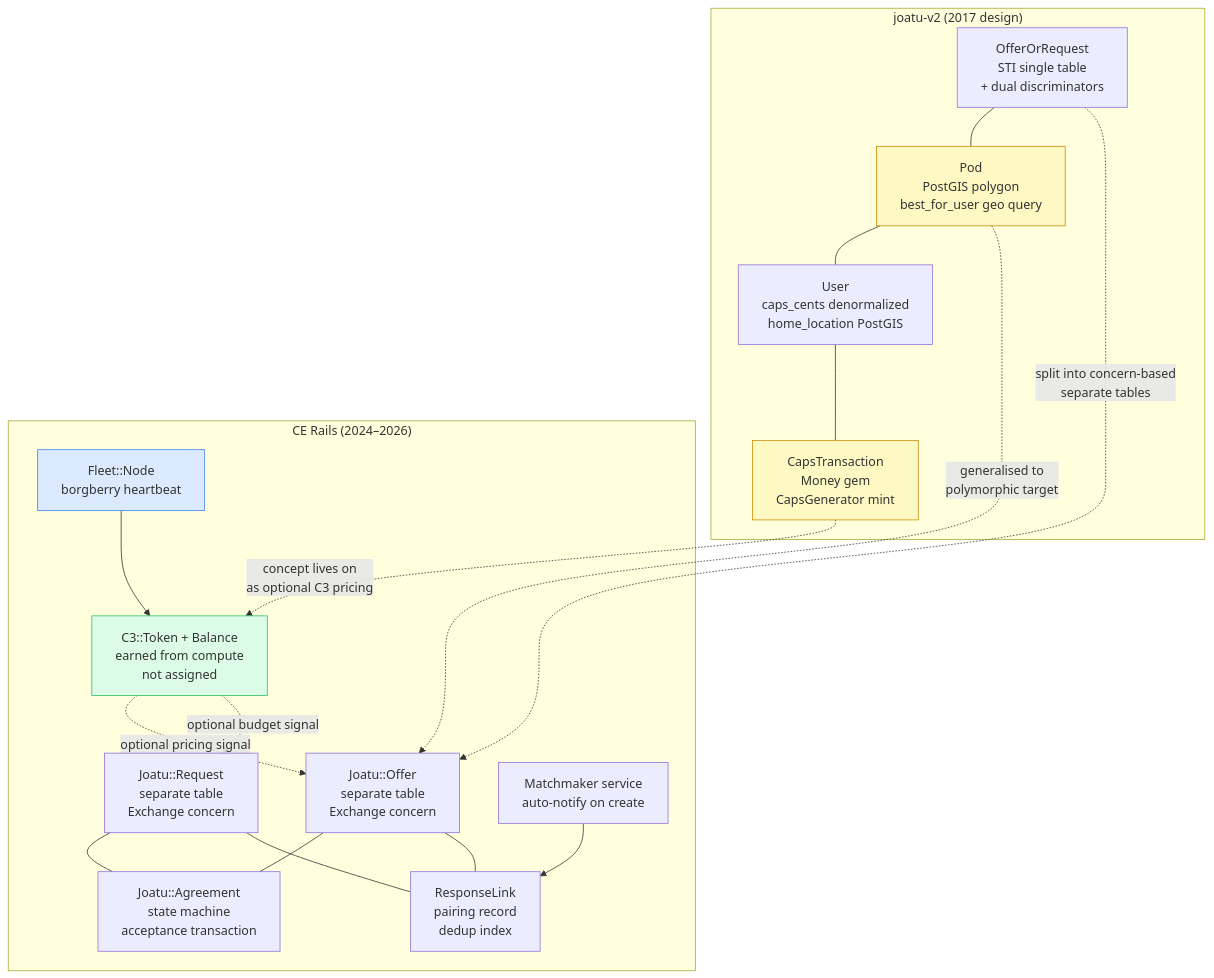
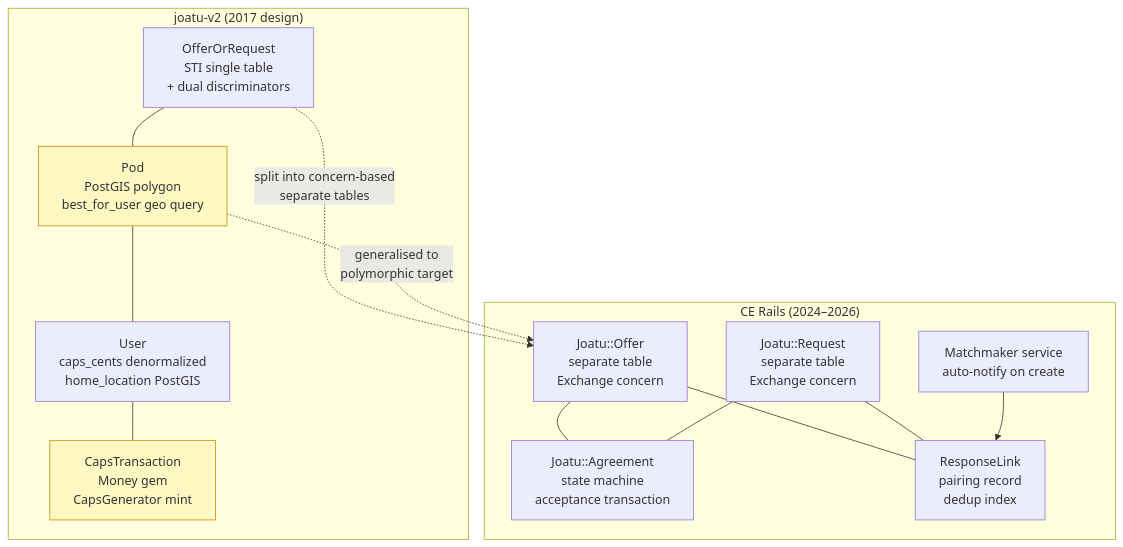
The sixth of 6 diagrams in docs/joatu-v2-vs-ce-comparison.md (better-together-org/community-engine-rails), drawn with Mermaid before and after one commit. The commit also changed other lines of this file and 63 other files, not shown here.

````diff
--- a/docs/joatu-v2-vs-ce-comparison.md
+++ b/docs/joatu-v2-vs-ce-comparison.md
@@ -322,40 +282,32 @@
 ```mermaid
 graph TD
     subgraph "joatu-v2 (2017 design)"
         V_STI["OfferOrRequest\nSTI single table\n+ dual discriminators"]
         V_Pod["Pod\nPostGIS polygon\nbest_for_user geo query"]
         V_Caps["CapsTransaction\nMoney gem\nCapsGenerator mint"]
         V_User["User\ncaps_cents denormalized\nhome_location PostGIS"]
         V_STI --- V_Pod
         V_Pod --- V_User
         V_User --- V_Caps
     end
 
     subgraph "CE Rails (2024–2026)"
         CE_Offer["Joatu::Offer\nseparate table\nExchange concern"]
         CE_Request["Joatu::Request\nseparate table\nExchange concern"]
         CE_Agreement["Joatu::Agreement\nstate machine\nacceptance transaction"]
         CE_Link["ResponseLink\npairing record\ndedup index"]
         CE_Match["Matchmaker service\nauto-notify on create"]
-        CE_C3["C3::Token + Balance\nearned from compute\nnot assigned"]
-        CE_Fleet["Fleet::Node\nborgberry heartbeat"]
 
         CE_Offer --- CE_Agreement
         CE_Request --- CE_Agreement
         CE_Offer --- CE_Link
         CE_Request --- CE_Link
         CE_Match --> CE_Link
-        CE_Fleet --> CE_C3
-        CE_C3 -.->|"optional pricing signal"| CE_Offer
-        CE_C3 -.->|"optional budget signal"| CE_Request
     end
 
-    V_Caps -.->|"concept lives on\nas optional C3 pricing"| CE_C3
     V_STI -.->|"split into concern-based\nseparate tables"| CE_Offer
     V_Pod -.->|"generalised to\npolymorphic target"| CE_Offer
 
-    style CE_C3 fill:#dcfce7,stroke:#22c55e
-    style CE_Fleet fill:#dbeafe,stroke:#3b82f6
     style V_Caps fill:#fef9c3,stroke:#ca8a04
     style V_Pod fill:#fef9c3,stroke:#ca8a04
 ```
````
